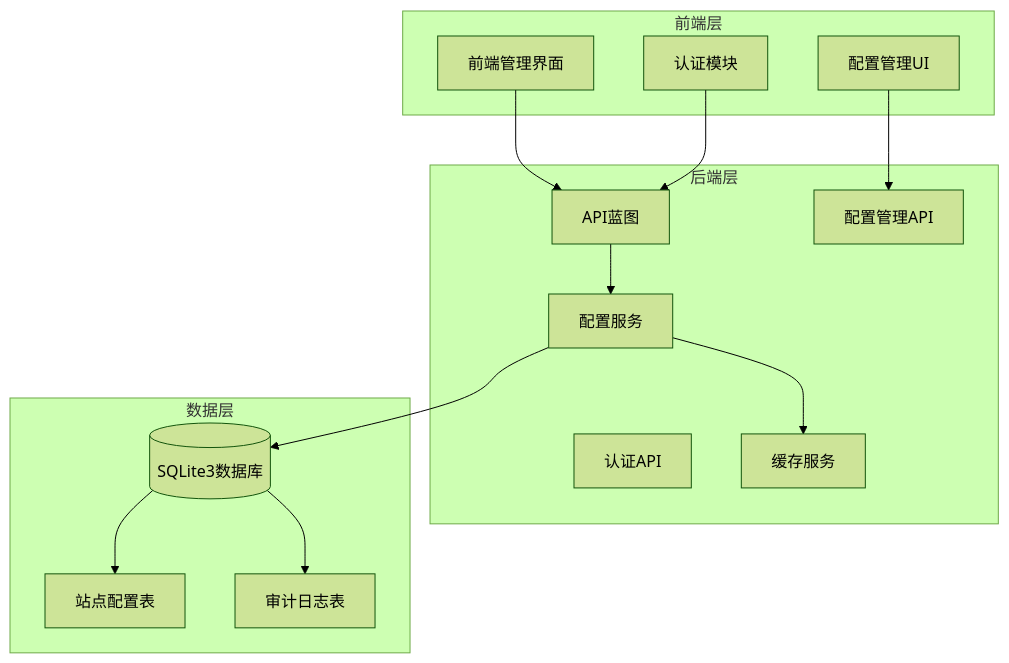
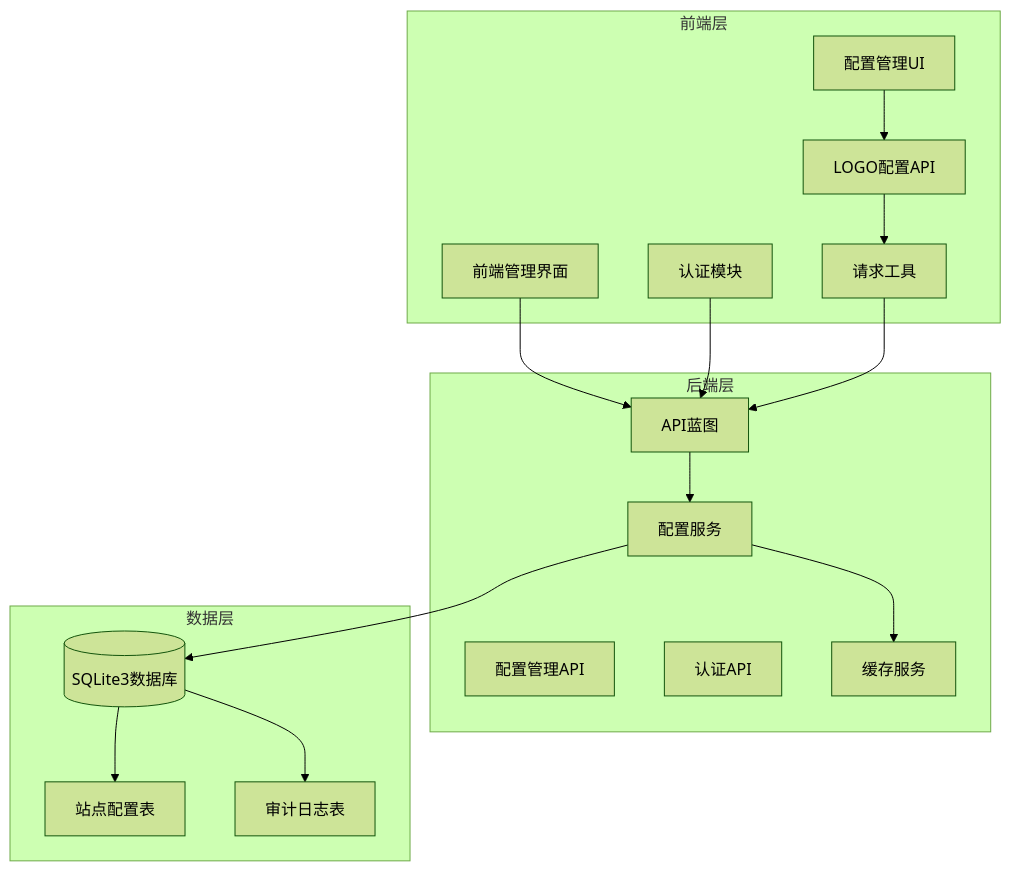
One commit to wyg5208/website_diy changed the first of 6 diagrams in .qoder/repowiki/zh/content/API接口文档/系统配置API.md. Above: the diagram before and after it, drawn with Mermaid (forest theme). The commit also changed other lines of this file and 7 other files, not shown here.

````diff
--- a/.qoder/repowiki/zh/content/API接口文档/系统配置API.md
+++ b/.qoder/repowiki/zh/content/API接口文档/系统配置API.md
@@ -31,28 +43,32 @@
 ```mermaid
 graph TB
 subgraph "前端层"
 FE[前端管理界面]
 Auth[认证模块]
 ConfigUI[配置管理UI]
+LogoAPI[LOGO配置API]
+RequestUtil[请求工具]
 end
 subgraph "后端层"
 API[API蓝图]
 ConfigAPI[配置管理API]
 AuthAPI[认证API]
 Settings[配置服务]
 Cache[缓存服务]
 end
 subgraph "数据层"
 DB[(SQLite3数据库)]
 SiteSettings[站点配置表]
 AuditLog[审计日志表]
 end
 FE --> API
 Auth --> API
-ConfigUI --> ConfigAPI
+ConfigUI --> LogoAPI
+LogoAPI --> RequestUtil
+RequestUtil --> API
 API --> Settings
 Settings --> Cache
 Settings --> DB
 DB --> SiteSettings
 DB --> AuditLog
 ```
````
